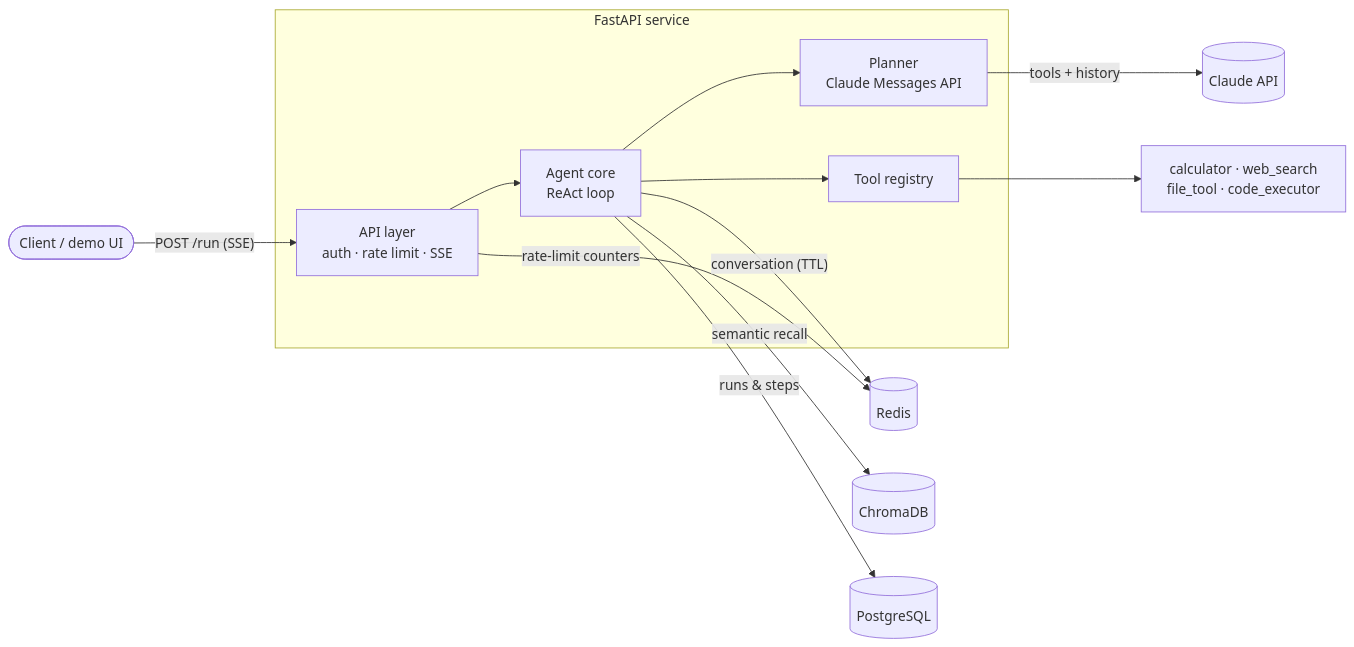
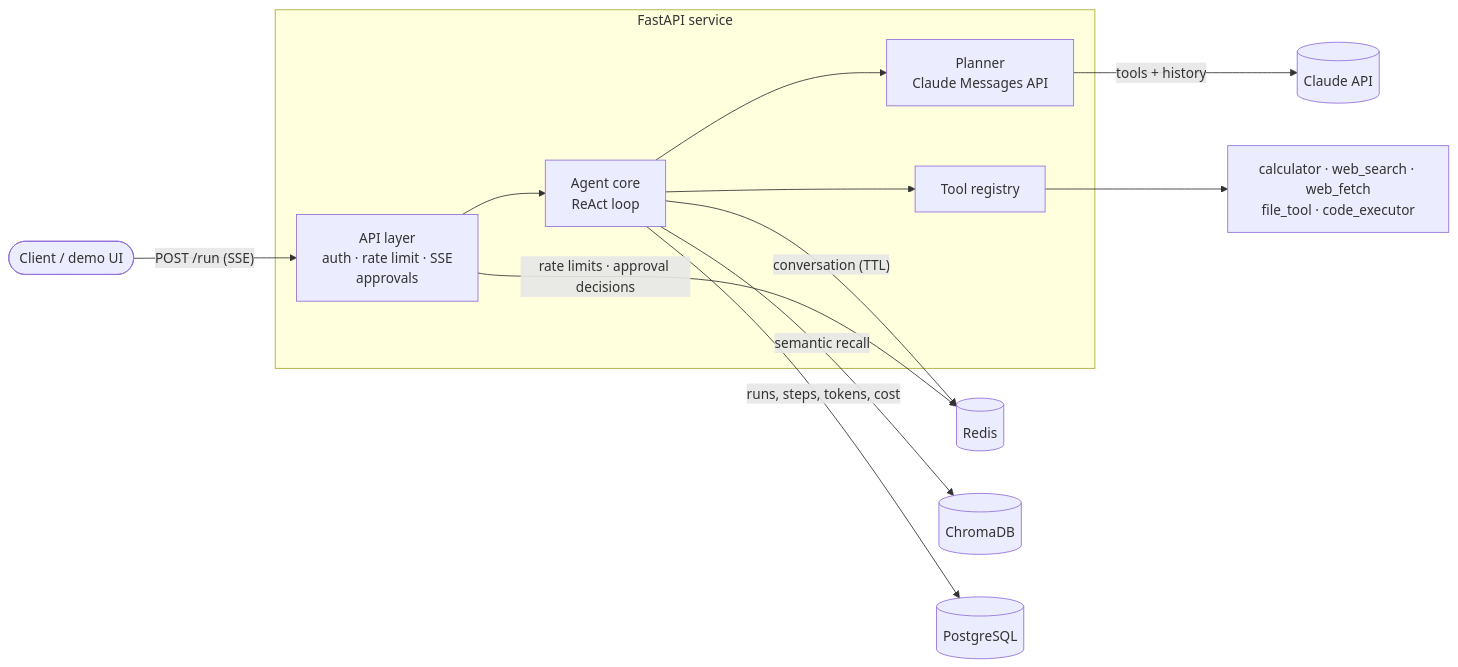
Before and after one commit to samandar-hamrayev/ai-agent: the first of 2 diagrams in README.md, drawn with Mermaid. The commit also changed other lines of this file, not shown here.

Commit message:
docs: approvals, streaming, cost accounting, web_fetch and evals

````diff
--- a/README.md
+++ b/README.md
@@ -35,22 +39,22 @@
 ```mermaid
 flowchart LR
     client([Client / demo UI]) -- "POST /run (SSE)" --> api
 
     subgraph app [FastAPI service]
-        api[API layer<br/>auth · rate limit · SSE]
+        api[API layer<br/>auth · rate limit · SSE<br/>approvals]
         agent[Agent core<br/>ReAct loop]
         planner[Planner<br/>Claude Messages API]
         registry[Tool registry]
         api --> agent
         agent --> planner
         agent --> registry
     end
 
     planner -- "tools + history" --> claude[(Claude API)]
-    registry --> tools[calculator · web_search<br/>file_tool · code_executor]
+    registry --> tools[calculator · web_search · web_fetch<br/>file_tool · code_executor]
 
     agent -- "conversation (TTL)" --> redis[(Redis)]
-    api -- "rate-limit counters" --> redis
+    api -- "rate limits · approval decisions" --> redis
     agent -- "semantic recall" --> chroma[(ChromaDB)]
-    agent -- "runs & steps" --> pg[(PostgreSQL)]
+    agent -- "runs, steps, tokens, cost" --> pg[(PostgreSQL)]
 ```
````
